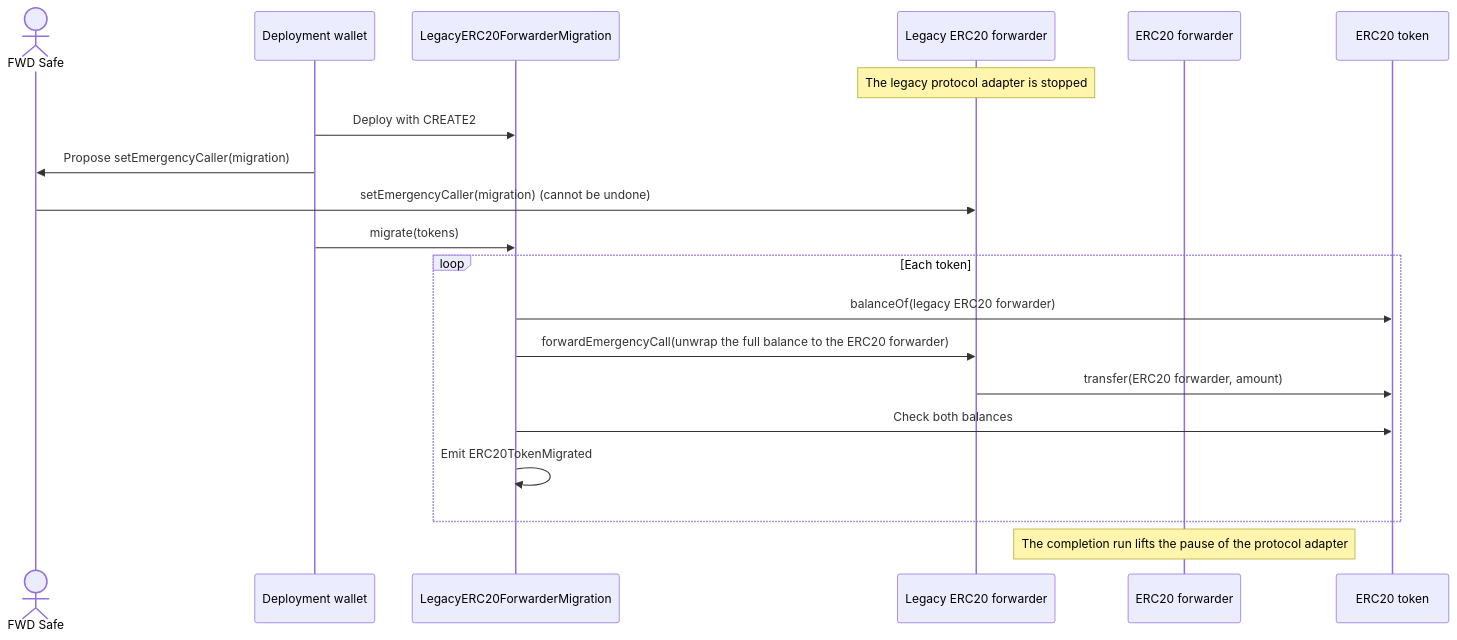
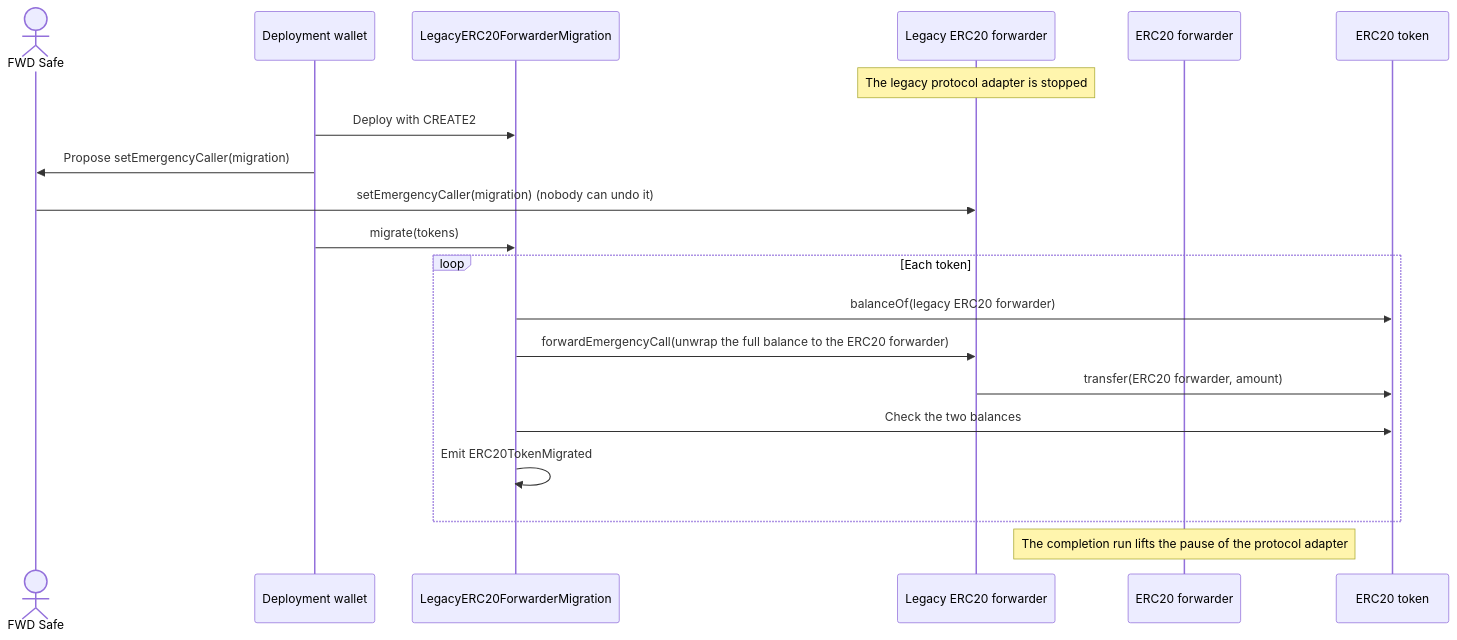
The second of 2 diagrams in docs/01-asset-migration.md (anoma/anomapay-erc20-forwarder), drawn with Mermaid before and after one commit. The commit also changed other lines of this file and 5 other files, not shown here.

````diff
--- a/docs/01-asset-migration.md
+++ b/docs/01-asset-migration.md
@@ -107,23 +104,23 @@
 ```mermaid
 sequenceDiagram
     actor FWDSafe as FWD Safe
     participant Wallet as Deployment wallet
     participant Migration as LegacyERC20ForwarderMigration
     participant LegacyFwd as Legacy ERC20 forwarder
     participant Fwd as ERC20 forwarder
     participant Token as ERC20 token
 
     Note over LegacyFwd: The legacy protocol adapter is stopped
     Wallet->>Migration: Deploy with CREATE2
     Wallet->>FWDSafe: Propose setEmergencyCaller(migration)
-    FWDSafe->>LegacyFwd: setEmergencyCaller(migration) (cannot be undone)
+    FWDSafe->>LegacyFwd: setEmergencyCaller(migration) (nobody can undo it)
     Wallet->>Migration: migrate(tokens)
     loop Each token
         Migration->>Token: balanceOf(legacy ERC20 forwarder)
         Migration->>LegacyFwd: forwardEmergencyCall(unwrap the full balance to the ERC20 forwarder)
         LegacyFwd->>Token: transfer(ERC20 forwarder, amount)
-        Migration->>Token: Check both balances
+        Migration->>Token: Check the two balances
         Migration->>Migration: Emit ERC20TokenMigrated
     end
     Note over Fwd: The completion run lifts the pause of the protocol adapter
 ```
````
